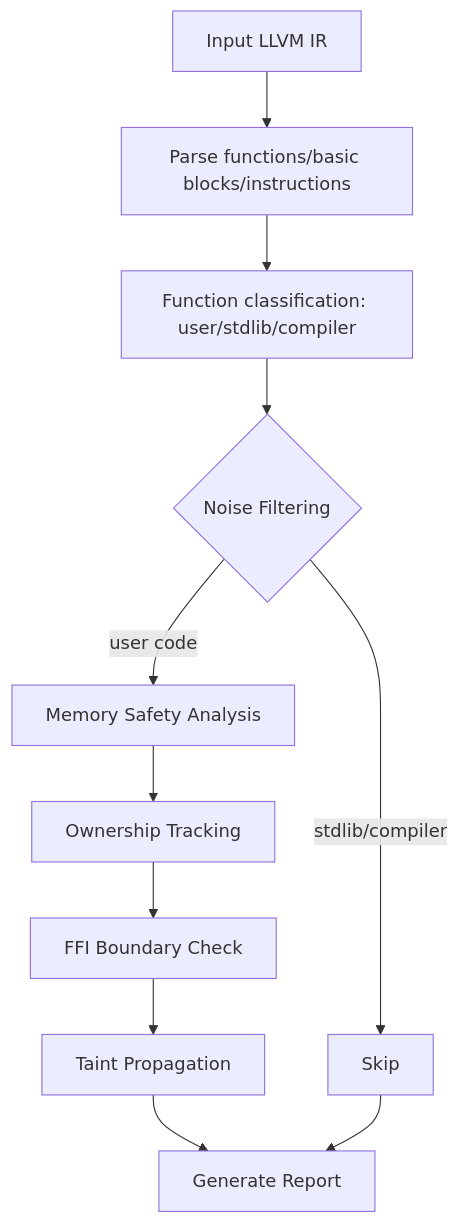
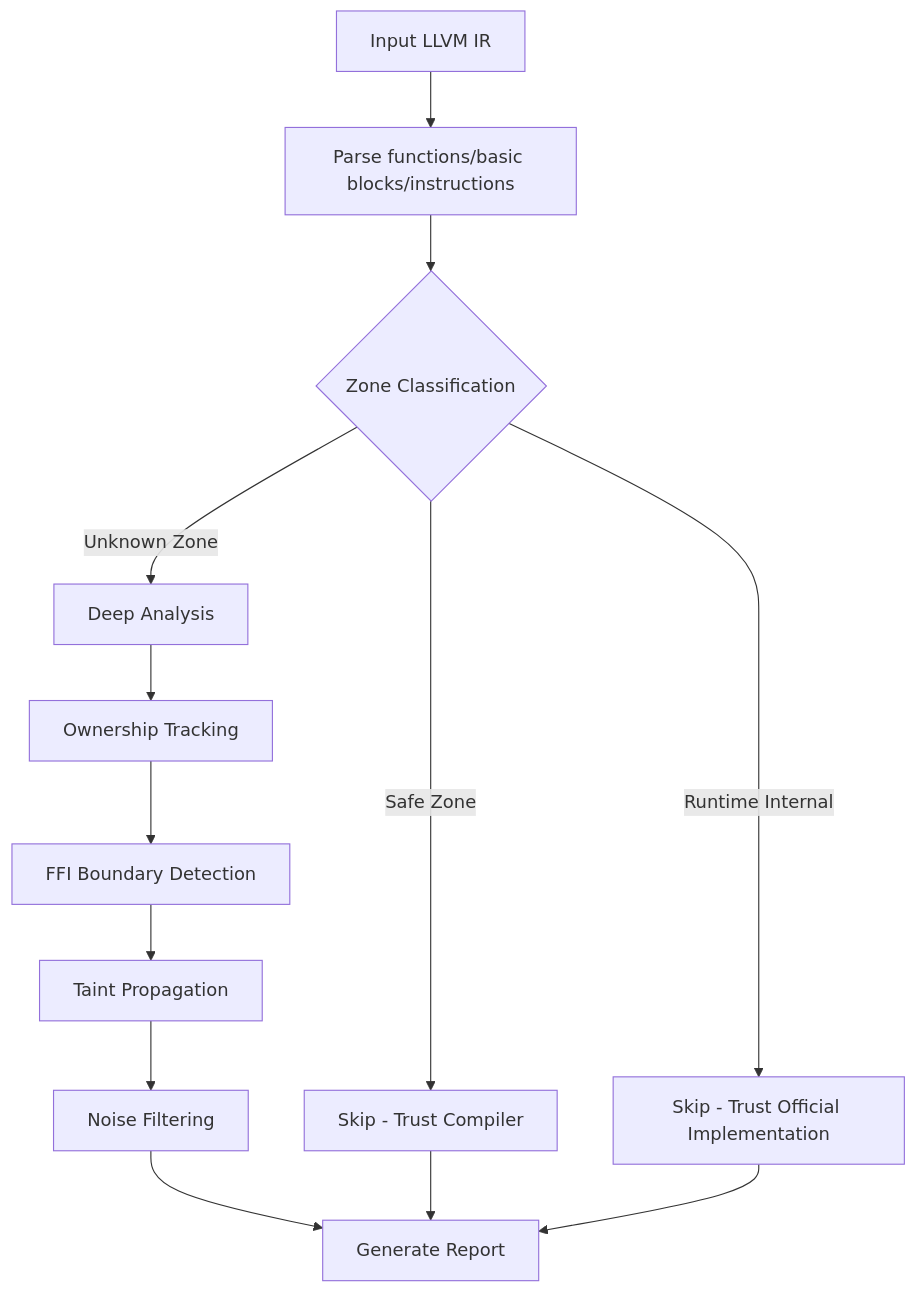
One commit to Timwood0x10/OmniScope changed the fourth of 4 diagrams in README.md. Above: the diagram before and after it, drawn with Mermaid. The commit also changed other lines of this file and 41 other files, not shown here.

Commit message:
implement zone classification for Rust/C code

````diff
--- a/README.md
+++ b/README.md
@@ -98,13 +128,15 @@
 ```mermaid
 flowchart TD
     Start[Input LLVM IR] --> Parse[Parse functions/basic blocks/instructions]
-    Parse --> Classify[Function classification: user/stdlib/compiler]
-    Classify --> Filter{Noise Filtering}
-    Filter -->|stdlib/compiler| Skip[Skip]
-    Filter -->|user code| Analyze[Memory Safety Analysis]
+    Parse --> Zone{Zone Classification}
+    Zone -->|Safe Zone| Skip1[Skip - Trust Compiler]
+    Zone -->|Runtime Internal| Skip2[Skip - Trust Official Implementation]
+    Zone -->|Unknown Zone| Analyze[Deep Analysis]
     Analyze --> Own[Ownership Tracking]
-    Own --> FFI[FFI Boundary Check]
+    Own --> FFI[FFI Boundary Detection]
     FFI --> Taint[Taint Propagation]
-    Taint --> Report[Generate Report]
-    Skip --> Report
+    Taint --> Filter[Noise Filtering]
+    Filter --> Report[Generate Report]
+    Skip1 --> Report
+    Skip2 --> Report
 ```
````
